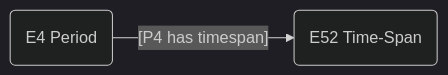
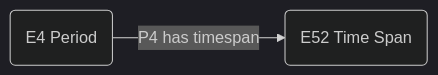
The first of 2 diagrams in README.md (archaeochrono/caa23), drawn with Mermaid (dark theme) before and after one commit.

Commit message:
cidoc-crm

````diff
--- a/README.md
+++ b/README.md
@@ -6,4 +6,4 @@
 ```mermaid
 flowchart LR
-    A(E4 Period) --[P4 has timespan]--> B(E52 Time-Span);
+    A(E4 Period) --P4 has timespan--> B(E52 Time Span);
 ```
````
